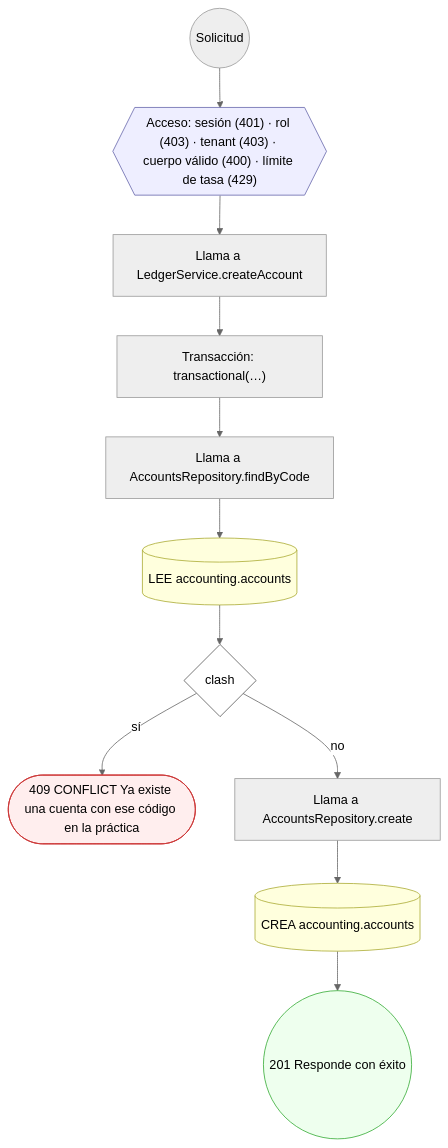
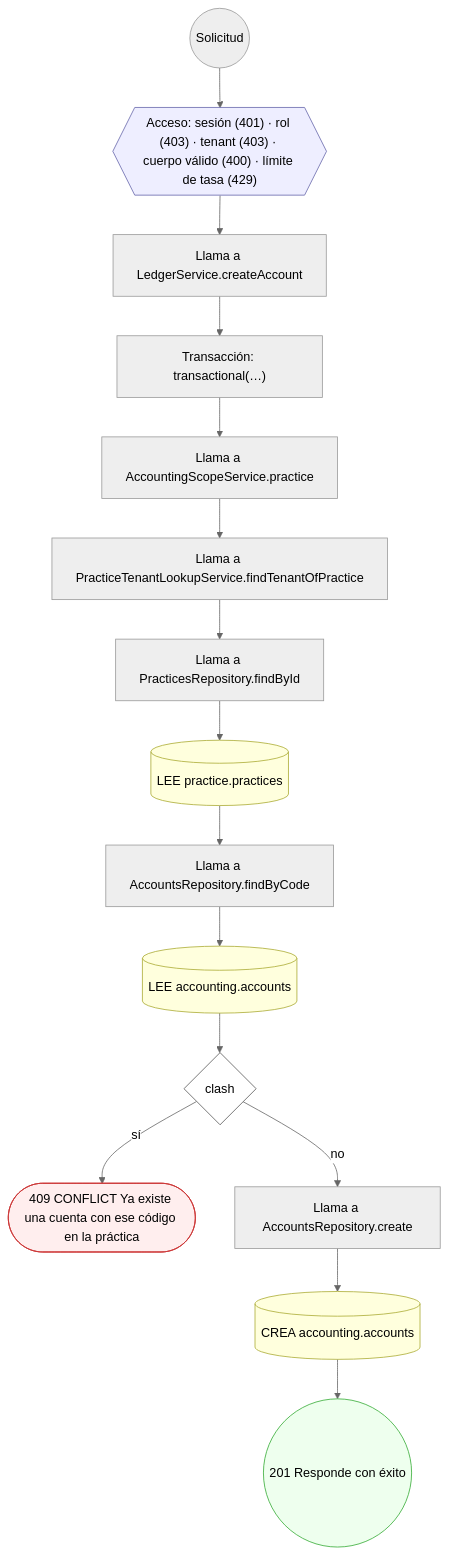
Before and after one commit to mdavila-2001/mantra-core-health-api: the sixth of 48 diagrams in docs/inventario/flujos/accounting.md, drawn with Mermaid (neutral theme). The commit also changed other lines of this file and 438 other files, not shown here.

````diff
--- a/docs/inventario/flujos/accounting.md
+++ b/docs/inventario/flujos/accounting.md
@@ -607,30 +635,38 @@
 ```mermaid
 flowchart TD
   n1(("Solicitud")):::inicio
   n2{{"Acceso: sesión (401) · rol (403) · tenant (403) · cuerpo válido (400) · límite de tasa (429)"}}:::acceso
   n1 --> n2
   n3["Llama a LedgerService.createAccount"]:::llamada
   n2 --> n3
   n4["Transacción: transactional(…)"]:::transaccion
   n3 --> n4
-  n5["Llama a AccountsRepository.findByCode"]:::llamada
+  n5["Llama a AccountingScopeService.practice"]:::llamada
   n4 --> n5
-  n6[("LEE accounting.accounts")]:::efecto
+  n6["Llama a PracticeTenantLookupService.findTenantOfPractice"]:::llamada
   n5 --> n6
-  n7{"clash"}:::decision
+  n7["Llama a PracticesRepository.findById"]:::llamada
   n6 --> n7
-  n8(["409 CONFLICT Ya existe una cuenta con ese código en la práctica"]):::error
-  n7 -->|"sí"| n8
-  n9["Llama a AccountsRepository.create"]:::llamada
-  n7 -->|"no"| n9
-  n10[("CREA accounting.accounts")]:::efecto
+  n8[("LEE practice.practices")]:::efecto
+  n7 --> n8
+  n9["Llama a AccountsRepository.findByCode"]:::llamada
+  n8 --> n9
+  n10[("LEE accounting.accounts")]:::efecto
   n9 --> n10
-  n11(("201 Responde con éxito")):::ok
+  n11{"clash"}:::decision
   n10 --> n11
+  n12(["409 CONFLICT Ya existe una cuenta con ese código en la práctica"]):::error
+  n11 -->|"sí"| n12
+  n13["Llama a AccountsRepository.create"]:::llamada
+  n11 -->|"no"| n13
+  n14[("CREA accounting.accounts")]:::efecto
+  n13 --> n14
+  n15(("201 Responde con éxito")):::ok
+  n14 --> n15
   classDef acceso fill:#eef,stroke:#66a
   classDef error fill:#fee,stroke:#c33
   classDef ok fill:#efe,stroke:#3a3
   classDef efecto fill:#ffd,stroke:#aa3
   classDef decision fill:#fff,stroke:#555
   classDef corte fill:#eee,stroke:#999,stroke-dasharray: 4
 ```
````
